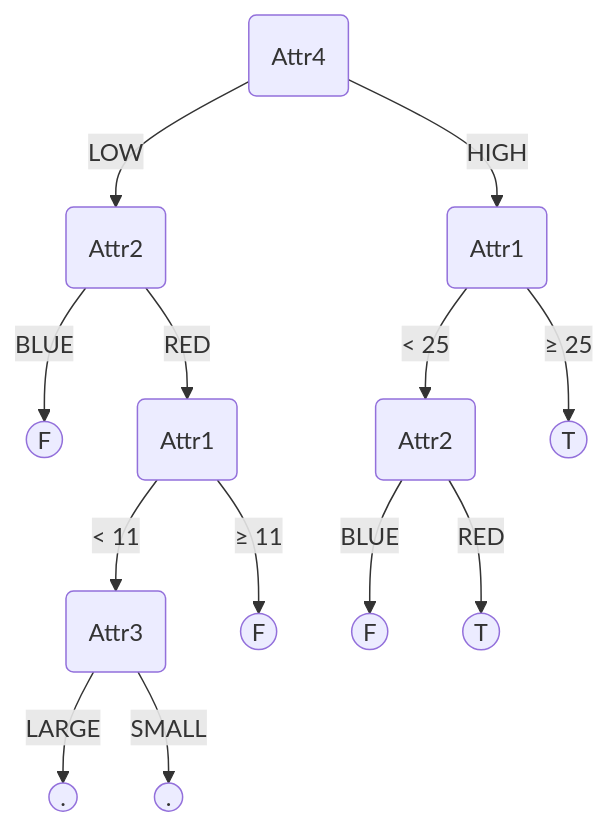
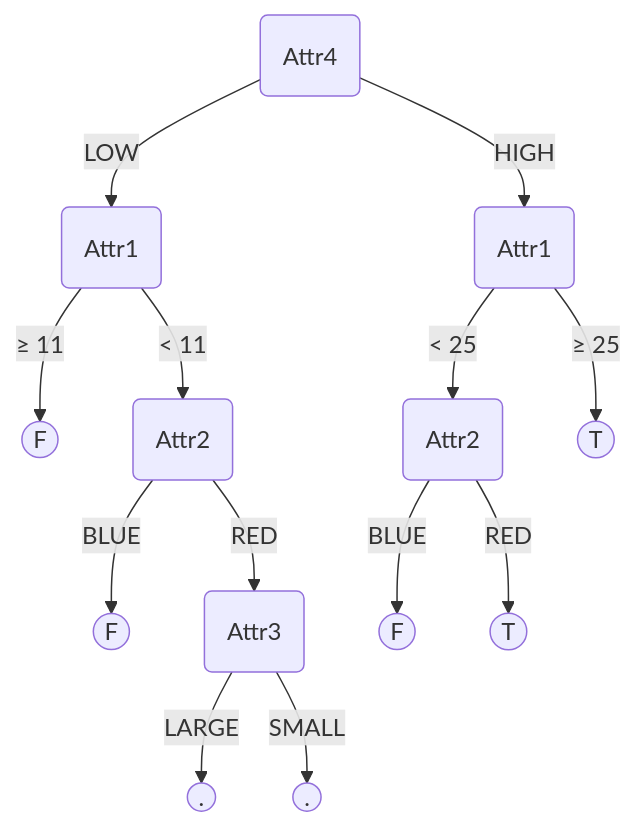
The fourth of 10 diagrams in CSC522_HW2/Q2.md (khantilchoksi/Automated-Learning-and-Data-Analysis), drawn with Mermaid before and after one commit. The commit also changed other lines of this file and 1 other file, not shown here.

````diff
--- a/CSC522_HW2/Q2.md
+++ b/CSC522_HW2/Q2.md
@@ -272,15 +268,15 @@
 ```mermaid
 graph TD
-	node1(Attr4) --LOW--> node2(Attr2)
+	node1(Attr4) --LOW--> node2(Attr1)
 	node1(Attr4) --HIGH--> node3(Attr1)
-	node2(Attr2) --BLUE--> node4((F))
-	node2(Attr2) --RED--> node5(Attr1)
+	node2(Attr1) --"≥ 11"--> node4((F))
+	node2(Attr1) --"< 11"--> node5(Attr2)
 	node3(Attr1) --"< 25"--> node6(Attr2)
 	node3(Attr1) --"≥ 25"--> node7((T))
-	node5(Attr1) --"< 11"--> node8(Attr3)
-	node5(Attr1) --"≥ 11"--> node9((F))
+	node5(Attr2) --BLUE--> node8((F))
+	node5(Attr2) --RED--> node9((Attr3))
 	node6(Attr2) --BLUE--> node10((F))
 	node6(Attr2) --RED--> node11((T))
-	node8(Attr3) --LARGE--> node12((.))
-	node8(Attr3) --SMALL--> node13((.))
+	node9(Attr3) --LARGE--> node12((.))
+	node9(Attr3) --SMALL--> node13((.))
 ```
````
